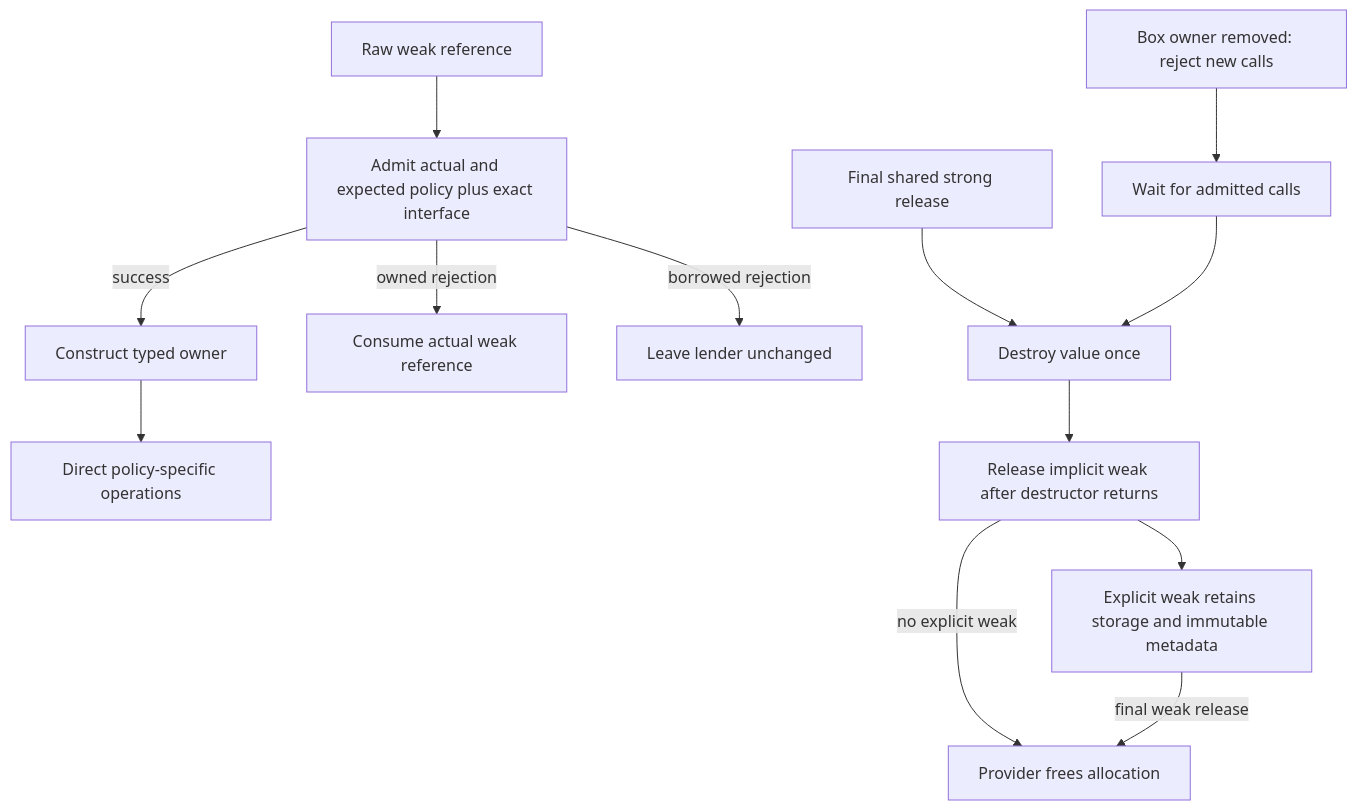
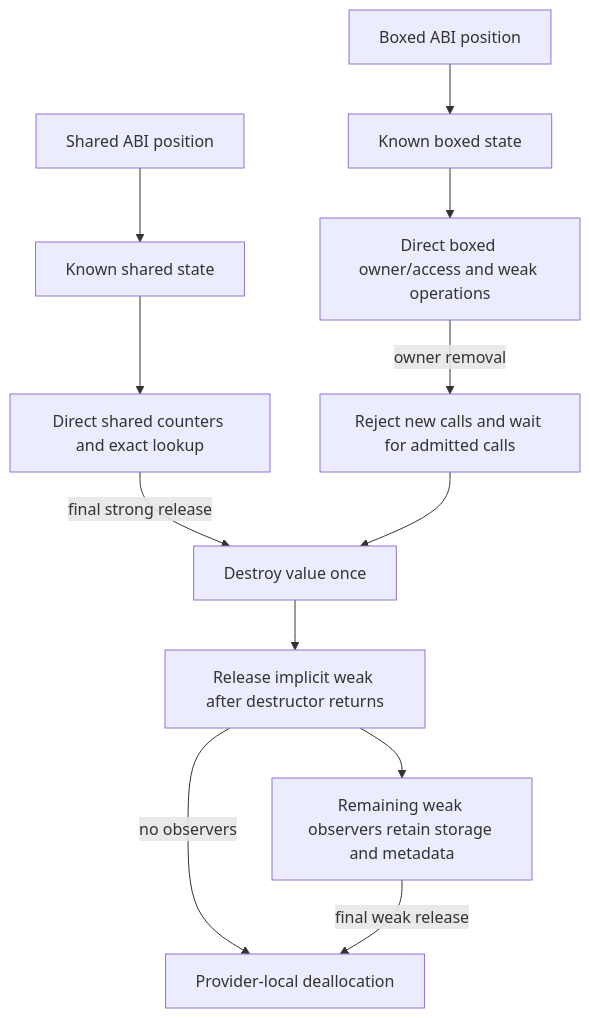
The diagram in docs/contracts/COM_LIFETIME_ADMISSION.md (NeoCogi/neocogi-com), drawn with Mermaid before and after one commit. The commit also changed other lines of this file and 25 other files, not shown here.

````diff
--- a/docs/contracts/COM_LIFETIME_ADMISSION.md
+++ b/docs/contracts/COM_LIFETIME_ADMISSION.md
@@ -63,15 +53,14 @@
 ```mermaid
 flowchart TD
-    R[Raw weak reference] --> A[Admit actual and expected policy plus exact interface]
-    A -->|success| T[Construct typed owner]
-    A -->|owned rejection| C[Consume actual weak reference]
-    A -->|borrowed rejection| U[Leave lender unchanged]
-    T --> O[Direct policy-specific operations]
-    S[Final shared strong release] --> D[Destroy value once]
-    B[Box owner removed: reject new calls] --> W[Wait for admitted calls]
+    S[Shared ABI position] --> SR[Known shared state]
+    B[Boxed ABI position] --> BR[Known boxed state]
+    SR --> SC[Direct shared counters and exact lookup]
+    BR --> BC[Direct boxed owner/access and weak operations]
+    SC -->|final strong release| D[Destroy value once]
+    BC -->|owner removal| W[Reject new calls and wait for admitted calls]
     W --> D
     D --> I[Release implicit weak after destructor returns]
-    I --> E[Explicit weak retains storage and immutable metadata]
-    I -->|no explicit weak| F[Provider frees allocation]
+    I --> E[Remaining weak observers retain storage and metadata]
+    I -->|no observers| F[Provider-local deallocation]
     E -->|final weak release| F
 ```
````
